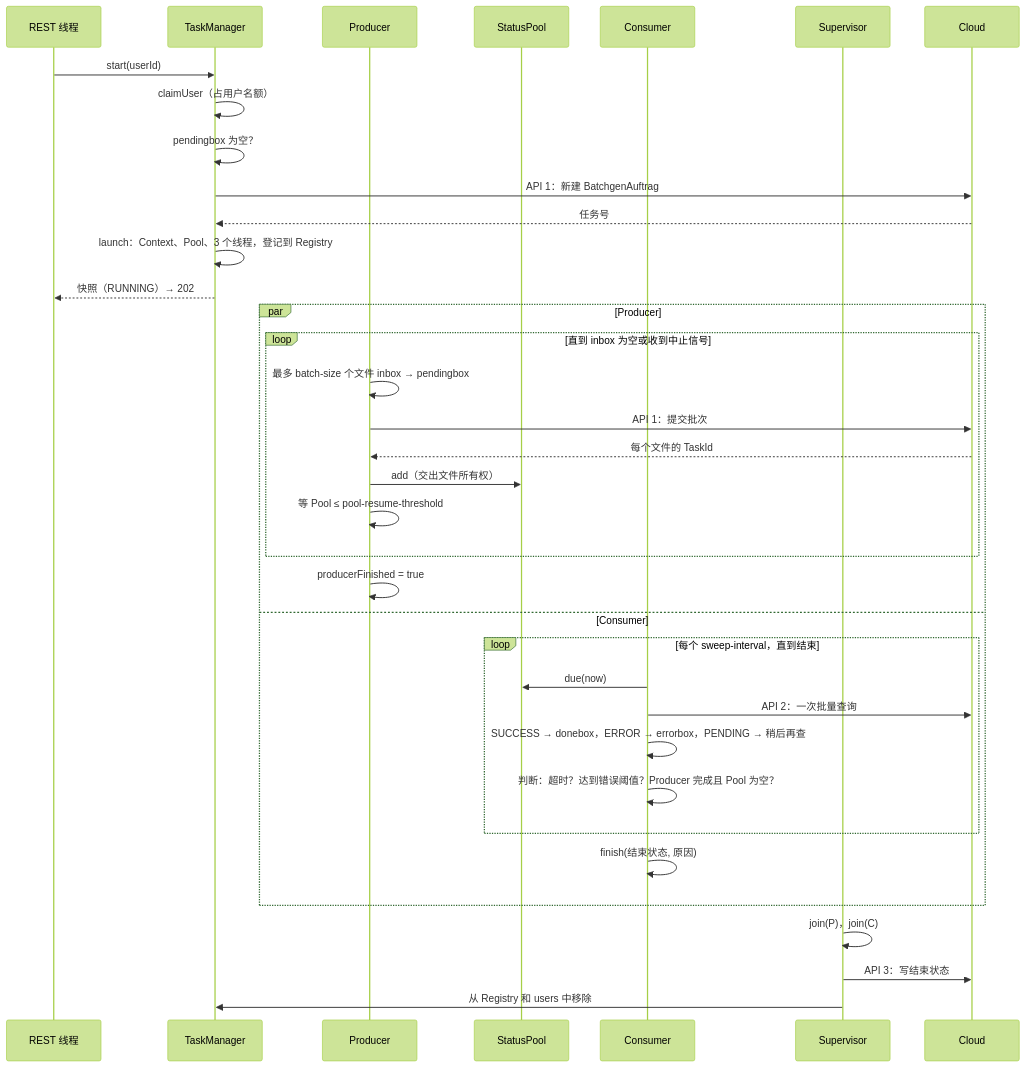
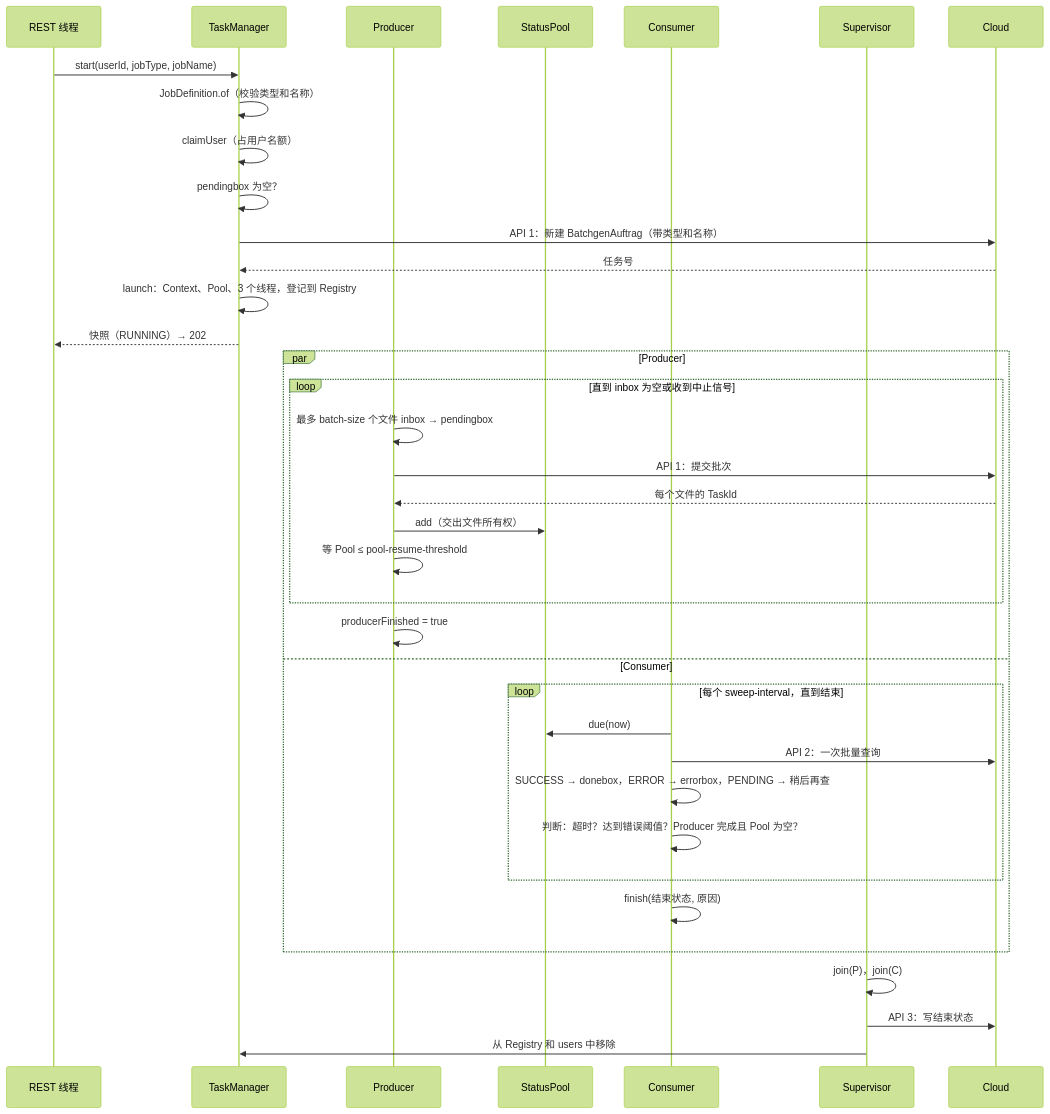
Before and after one commit to wwsstl/asynchrone-anwendungsarchitektur: the second of 5 diagrams in docs/architect/implementierung_zh.md, drawn with Mermaid (forest theme). The commit also changed other lines of this file and 27 other files, not shown here.

````diff
--- a/docs/architect/implementierung_zh.md
+++ b/docs/architect/implementierung_zh.md
@@ -133,39 +133,40 @@
 ```mermaid
 sequenceDiagram
     participant R as REST 线程
     participant TM as TaskManager
     participant P as Producer
     participant Pool as StatusPool
     participant C as Consumer
     participant S as Supervisor
     participant Cl as Cloud
 
-    R->>TM: start(userId)
+    R->>TM: start(userId, jobType, jobName)
+    TM->>TM: JobDefinition.of（校验类型和名称）
     TM->>TM: claimUser（占用户名额）
     TM->>TM: pendingbox 为空？
-    TM->>Cl: API 1：新建 BatchgenAuftrag
+    TM->>Cl: API 1：新建 BatchgenAuftrag（带类型和名称）
     Cl-->>TM: 任务号
     TM->>TM: launch：Context、Pool、3 个线程，登记到 Registry
     TM-->>R: 快照（RUNNING）→ 202
     par Producer
         loop 直到 inbox 为空或收到中止信号
             P->>P: 最多 batch-size 个文件 inbox → pendingbox
             P->>Cl: API 1：提交批次
             Cl-->>P: 每个文件的 TaskId
             P->>Pool: add（交出文件所有权）
             P->>P: 等 Pool ≤ pool-resume-threshold
         end
         P->>P: producerFinished = true
     and Consumer
         loop 每个 sweep-interval，直到结束
             C->>Pool: due(now)
             C->>Cl: API 2：一次批量查询
             C->>C: SUCCESS → donebox，ERROR → errorbox，PENDING → 稍后再查
             C->>C: 判断：超时？达到错误阈值？Producer 完成且 Pool 为空？
         end
         C->>C: finish(结束状态, 原因)
     end
     S->>S: join(P)，join(C)
     S->>Cl: API 3：写结束状态
     S->>TM: 从 Registry 和 users 中移除
 ```
````
